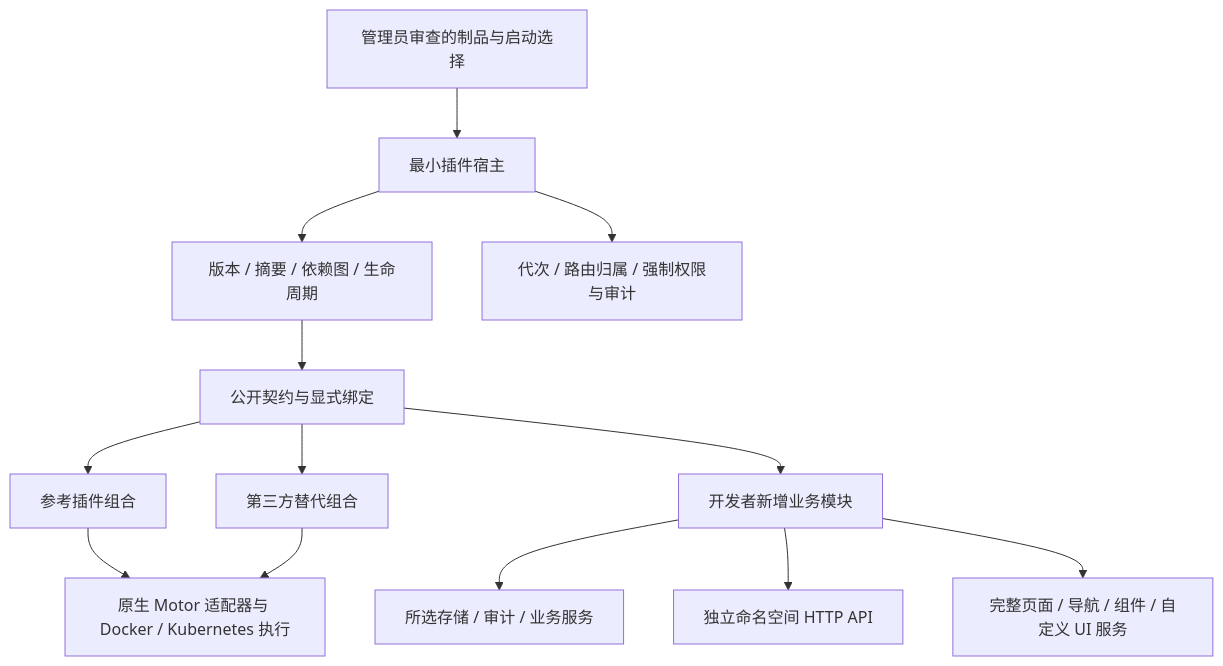
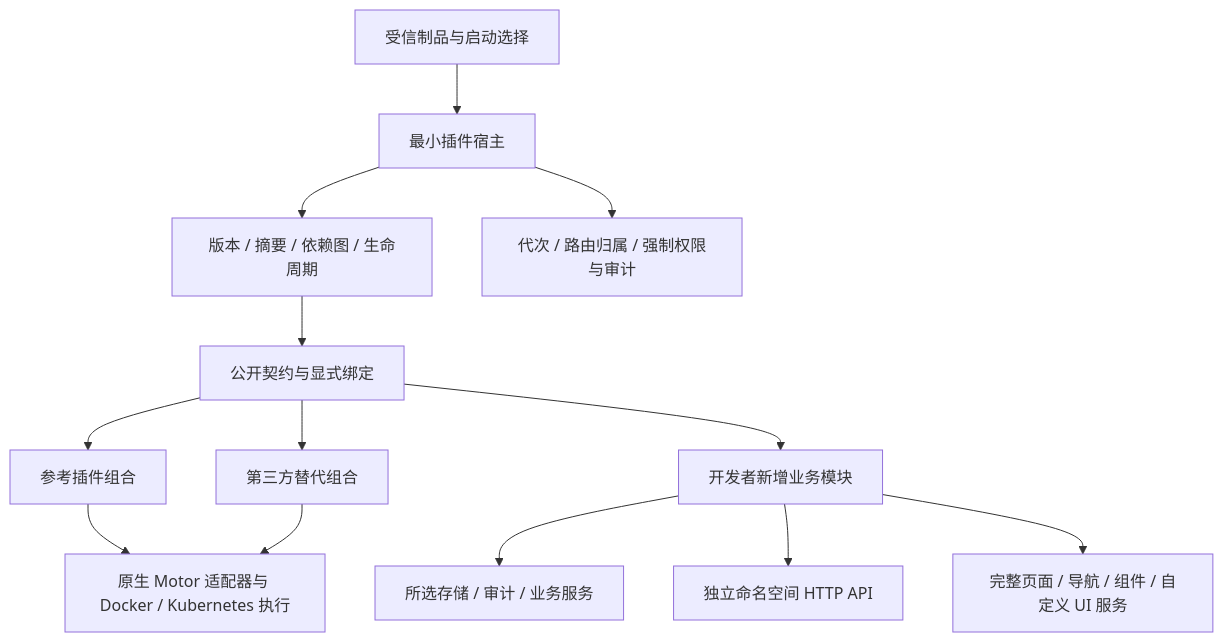
Before and after one commit to ZhengDeL/MindIE-Motor-Console: the diagram in web/docs/PLUGIN_FRAMEWORK.md, drawn with Mermaid. The commit also changed other lines of this file and 80 other files, not shown here.

````diff
--- a/web/docs/PLUGIN_FRAMEWORK.md
+++ b/web/docs/PLUGIN_FRAMEWORK.md
@@ -9,15 +9,15 @@
 ```mermaid
 flowchart TB
-  A[管理员审查的制品与启动选择] --> H[最小插件宿主]
+  A[受信制品与启动选择] --> H[最小插件宿主]
   H --> V[版本 / 摘要 / 依赖图 / 生命周期]
   H --> E[代次 / 路由归属 / 强制权限与审计]
   V --> C[公开契约与显式绑定]
   C --> R[参考插件组合]
   C --> T[第三方替代组合]
   C --> N[开发者新增业务模块]
   N --> S[所选存储 / 审计 / 业务服务]
   N --> API[独立命名空间 HTTP API]
   N --> UI[完整页面 / 导航 / 组件 / 自定义 UI 服务]
   R --> M[原生 Motor 适配器与 Docker / Kubernetes 执行]
   T --> M
 ```
````
